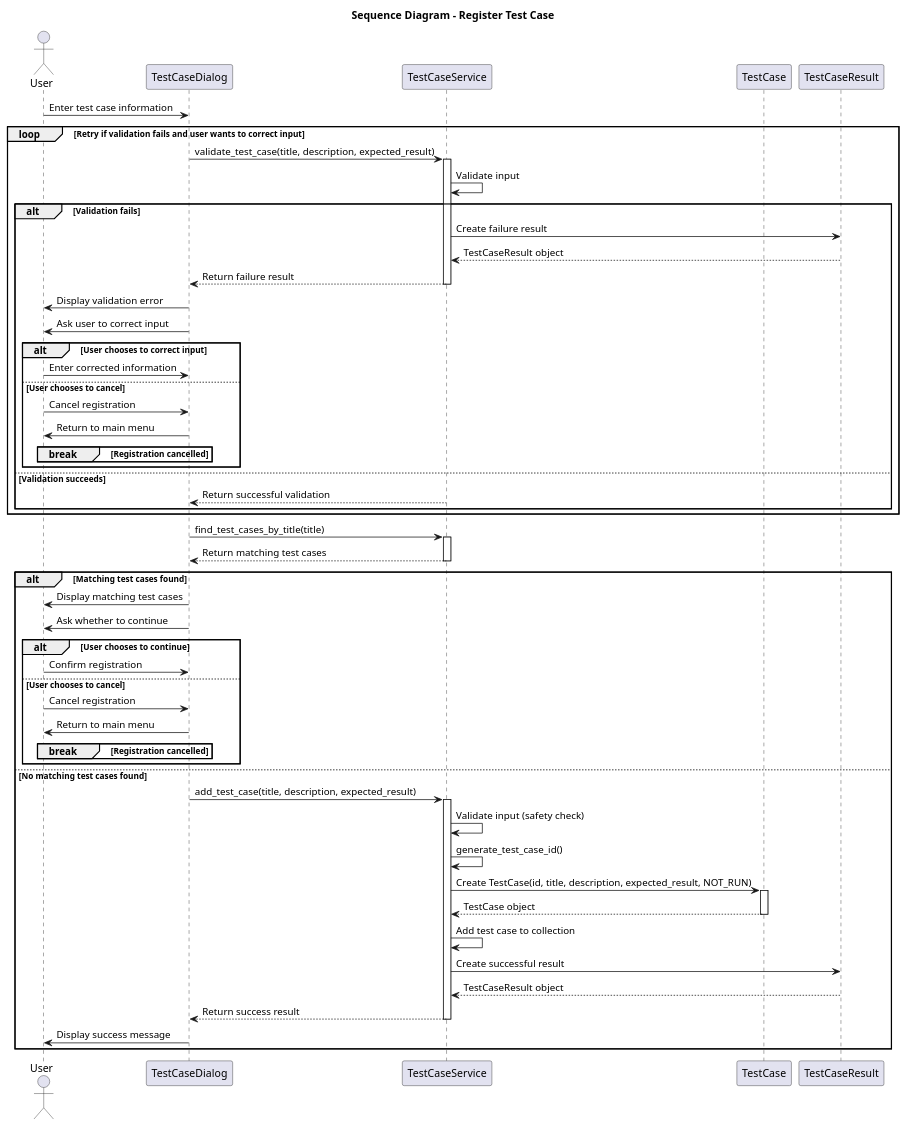
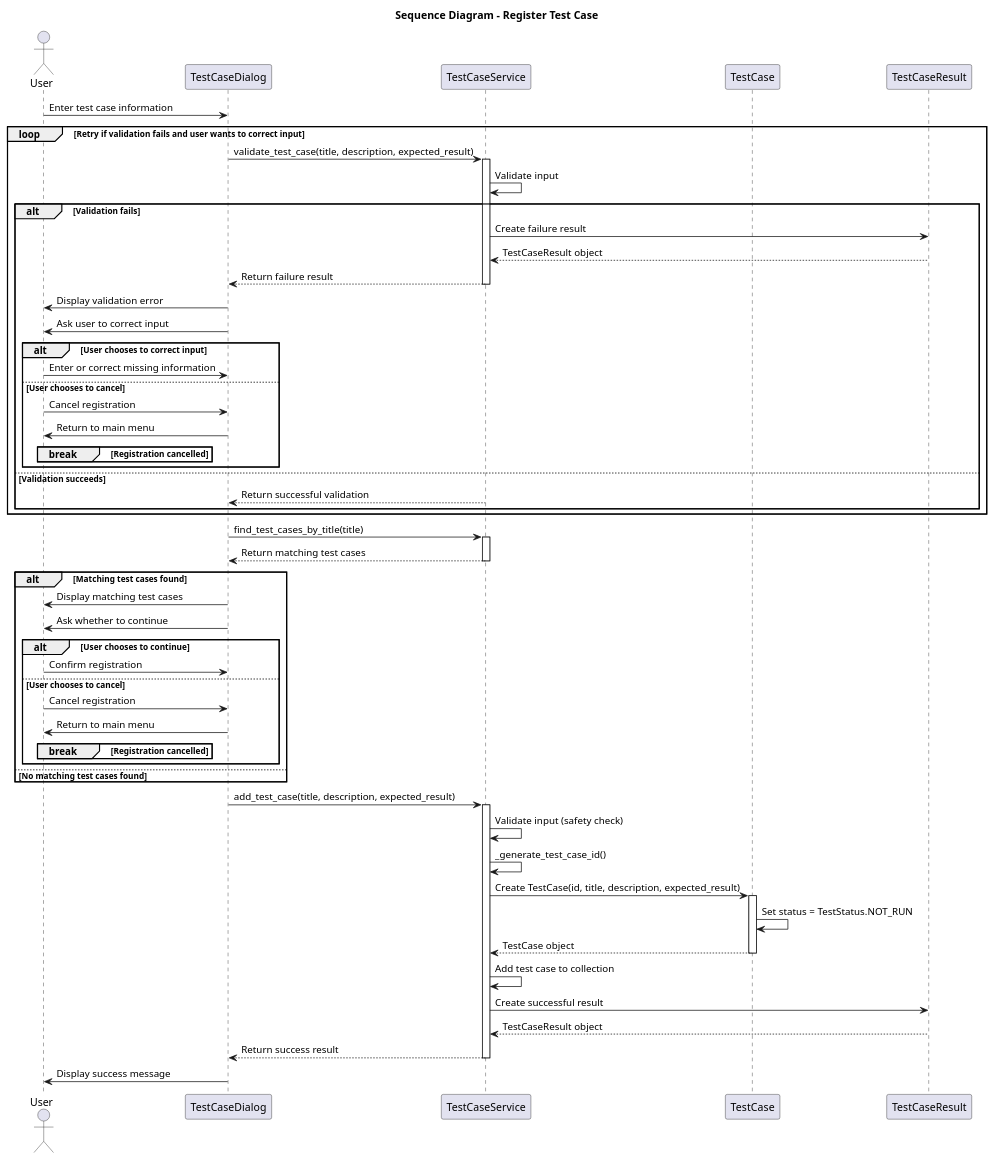
One commit to h-jungar/OOP changed the diagram in test_case_register-app/tc_sequence_diagram.puml. Above: the diagram before and after it, drawn with PlantUML.

Commit message:
updated sequence diagram
edited messages to better describe program.
also changed place of add_test_case so that both 'matching test cases' > add test case, and 'no matching test cases' both go to add_test_case

```diff
--- a/test_case_register-app/tc_sequence_diagram.puml
+++ b/test_case_register-app/tc_sequence_diagram.puml
@@ -1,103 +1,101 @@
 @startuml sequence_register_test_case
 
 title Sequence Diagram - Register Test Case
 
 actor User
 participant TestCaseDialog
 participant TestCaseService
 participant TestCase
 participant TestCaseResult
 
 User -> TestCaseDialog : Enter test case information
 
 ' Validate input
 loop Retry if validation fails and user wants to correct input
 
     TestCaseDialog -> TestCaseService : validate_test_case(title, description, expected_result)
     activate TestCaseService
 
     TestCaseService -> TestCaseService : Validate input
 
     alt Validation fails
 
         TestCaseService -> TestCaseResult : Create failure result
         TestCaseResult --> TestCaseService : TestCaseResult object
 
         TestCaseService --> TestCaseDialog : Return failure result
         deactivate TestCaseService
 
         TestCaseDialog -> User : Display validation error
         TestCaseDialog -> User : Ask user to correct input
 
         alt User chooses to correct input
-            User -> TestCaseDialog : Enter corrected information
+            User -> TestCaseDialog : Enter or correct missing information
 
         else User chooses to cancel
             User -> TestCaseDialog : Cancel registration
             TestCaseDialog -> User : Return to main menu
 
             break Registration cancelled
                 ' Exit registration flow and return to main menu
             end
         end
 
     else Validation succeeds
 
         TestCaseService --> TestCaseDialog : Return successful validation
         deactivate TestCaseService
     end
 
 end
 
 ' Check for existing test cases with the same title
 TestCaseDialog -> TestCaseService : find_test_cases_by_title(title)
 activate TestCaseService
 TestCaseService --> TestCaseDialog : Return matching test cases
 deactivate TestCaseService
 
 alt Matching test cases found
 
     TestCaseDialog -> User : Display matching test cases
     TestCaseDialog -> User : Ask whether to continue
 
     alt User chooses to continue
         User -> TestCaseDialog : Confirm registration
 
     else User chooses to cancel
         User -> TestCaseDialog : Cancel registration
         TestCaseDialog -> User : Return to main menu
 
         break Registration cancelled
         end
     end
 
 else No matching test cases found
-    ' Register test case after successful validation
+end
+
+' Register test case after successful validation
     TestCaseDialog -> TestCaseService : add_test_case(title, description, expected_result)
     activate TestCaseService
 
     TestCaseService -> TestCaseService : Validate input (safety check)
-    TestCaseService -> TestCaseService : generate_test_case_id()
+    TestCaseService -> TestCaseService : _generate_test_case_id()
 
-    TestCaseService -> TestCase : Create TestCase(id, title, description, expected_result, NOT_RUN)
+    TestCaseService -> TestCase : Create TestCase(id, title, description, expected_result)
     activate TestCase
+    TestCase -> TestCase : Set status = TestStatus.NOT_RUN
     TestCase --> TestCaseService : TestCase object
     deactivate TestCase
 
     TestCaseService -> TestCaseService : Add test case to collection
 
     TestCaseService -> TestCaseResult : Create successful result
     TestCaseResult --> TestCaseService : TestCaseResult object
 
     TestCaseService --> TestCaseDialog : Return success result
     deactivate TestCaseService
 
     TestCaseDialog -> User : Display success message
-end
-
-
-
-
 
 
 @enduml
```
